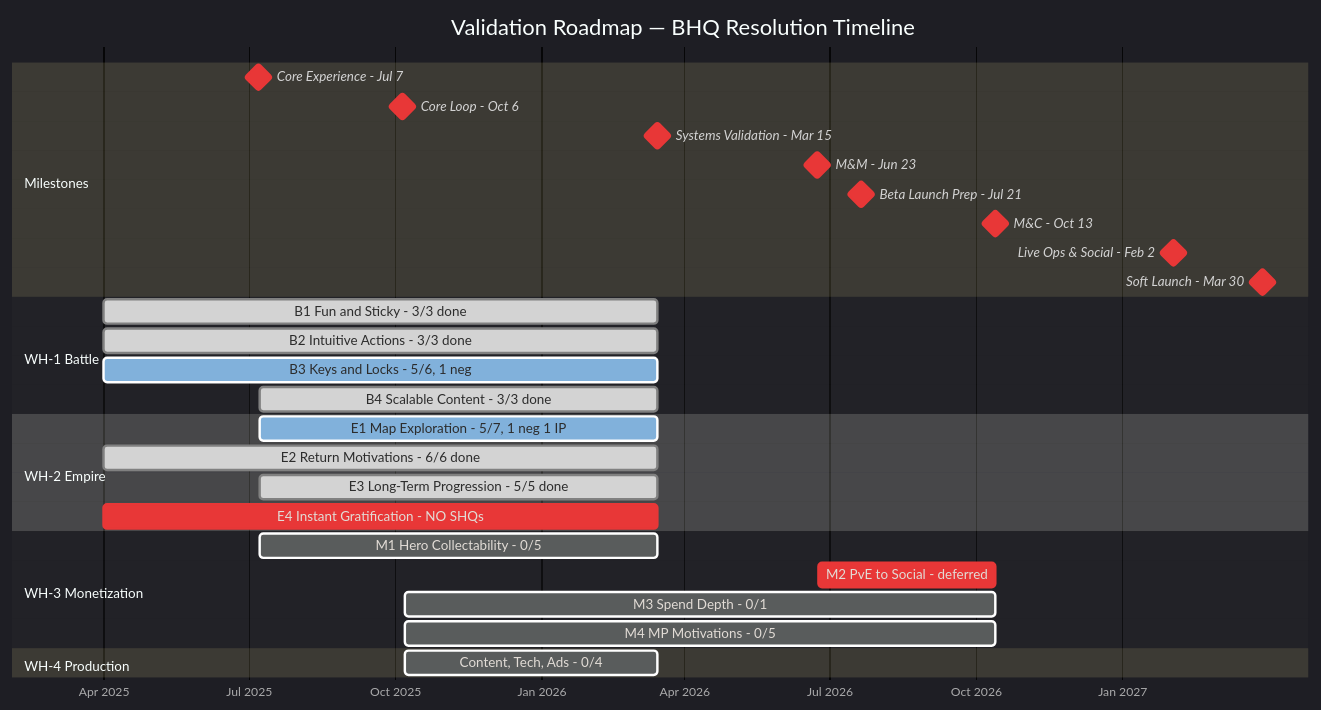
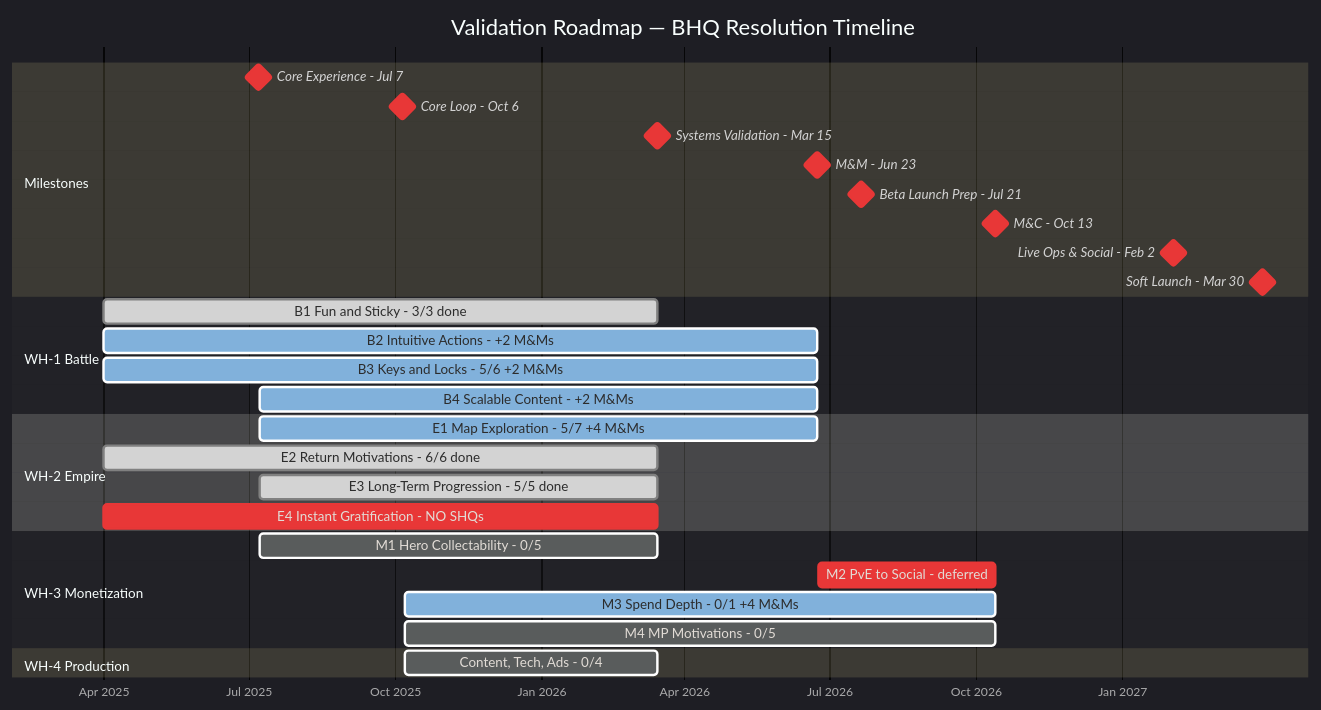
One commit to timwilliams-prod/proj-chimera-documentation-brain changed the first of 2 diagrams in planning/ValidationRoadmap.md. Above: the diagram before and after it, drawn with Mermaid. The commit also changed other lines of this file, not shown here.

Commit message:
Added new SHQs to validation roadmap

````diff
--- a/planning/ValidationRoadmap.md
+++ b/planning/ValidationRoadmap.md
@@ -59,39 +59,39 @@
 ```mermaid
 %%{init: {'theme': 'dark'}}%%
 gantt
     title Validation Roadmap — BHQ Resolution Timeline
     dateFormat YYYY-MM-DD
     axisFormat %b %Y
     tickInterval 3month
 
     section Milestones
     Core Experience - Jul 7          :crit, milestone, 2025-07-07, 0d
     Core Loop - Oct 6                :crit, milestone, 2025-10-06, 0d
     Systems Validation - Mar 15      :crit, milestone, 2026-03-15, 0d
     M&M - Jun 23                     :crit, milestone, 2026-06-23, 0d
     Beta Launch Prep - Jul 21        :crit, milestone, 2026-07-21, 0d
     M&C - Oct 13                     :crit, milestone, 2026-10-13, 0d
     Live Ops & Social - Feb 2        :crit, milestone, 2027-02-02, 0d
     Soft Launch - Mar 30             :crit, milestone, 2027-03-30, 0d
 
     section WH-1 Battle
     B1 Fun and Sticky - 3/3 done          :done, 2025-04-01, 2026-03-15
-    B2 Intuitive Actions - 3/3 done       :done, 2025-04-01, 2026-03-15
-    B3 Keys and Locks - 5/6, 1 neg        :active, 2025-04-01, 2026-03-15
-    B4 Scalable Content - 3/3 done        :done, 2025-07-08, 2026-03-15
+    B2 Intuitive Actions - +2 M&Ms        :active, 2025-04-01, 2026-06-23
+    B3 Keys and Locks - 5/6 +2 M&Ms       :active, 2025-04-01, 2026-06-23
+    B4 Scalable Content - +2 M&Ms         :active, 2025-07-08, 2026-06-23
 
     section WH-2 Empire
-    E1 Map Exploration - 5/7, 1 neg 1 IP  :active, 2025-07-08, 2026-03-15
+    E1 Map Exploration - 5/7 +4 M&Ms      :active, 2025-07-08, 2026-06-23
     E2 Return Motivations - 6/6 done      :done, 2025-04-01, 2026-03-15
     E3 Long-Term Progression - 5/5 done   :done, 2025-07-08, 2026-03-15
     E4 Instant Gratification - NO SHQs    :crit, 2025-04-01, 2026-03-15
 
     section WH-3 Monetization
     M1 Hero Collectability - 0/5          :2025-07-08, 2026-03-15
     M2 PvE to Social - deferred           :crit, 2026-06-24, 2026-10-13
-    M3 Spend Depth - 0/1                  :2025-10-07, 2026-10-13
+    M3 Spend Depth - 0/1 +4 M&Ms          :active, 2025-10-07, 2026-10-13
     M4 MP Motivations - 0/5              :2025-10-07, 2026-10-13
 
     section WH-4 Production
     Content, Tech, Ads - 0/4              :2025-10-07, 2026-03-15
 ```
````
